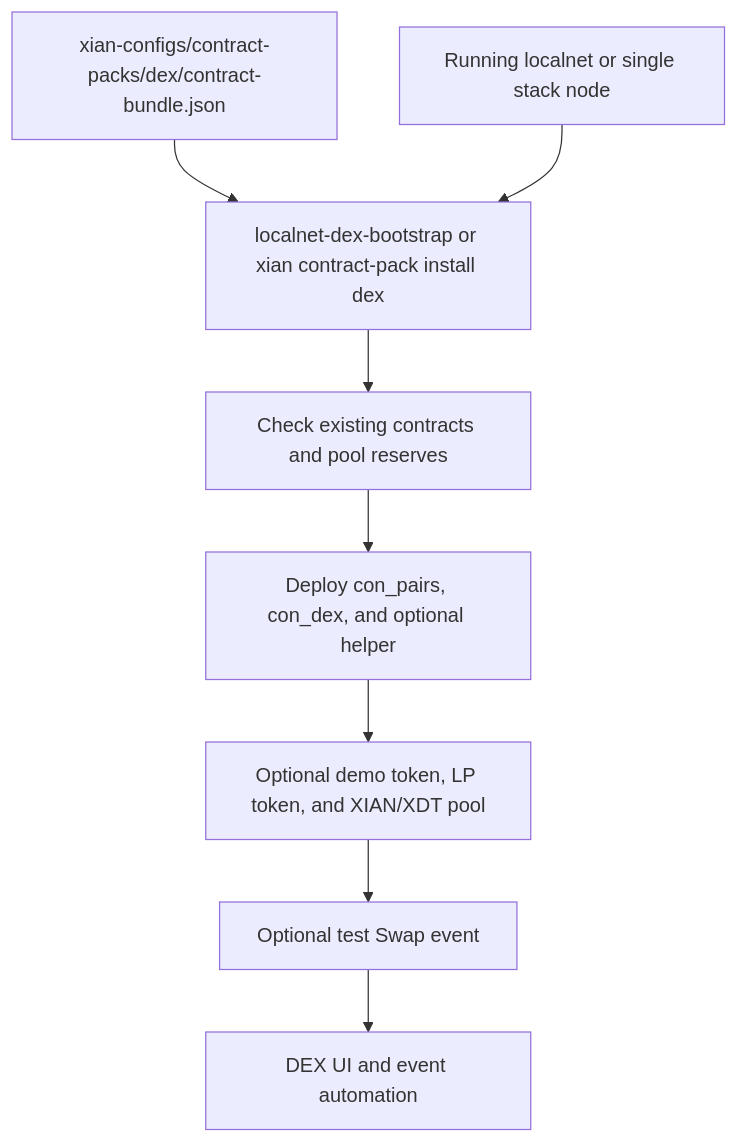
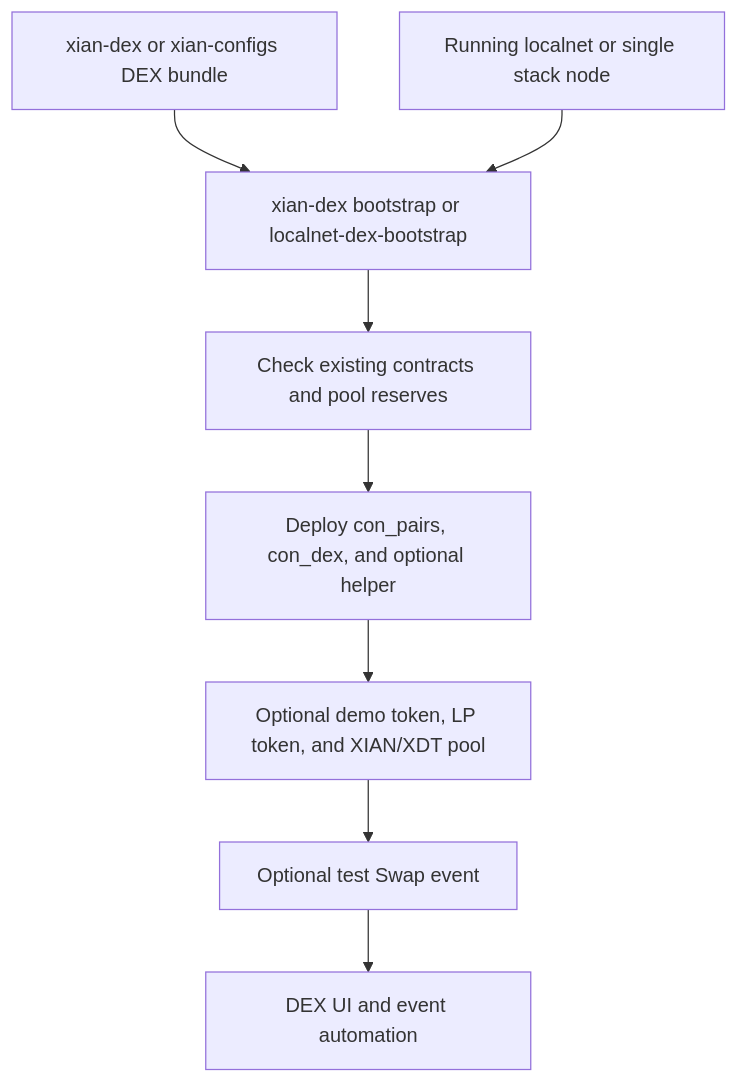
One commit to xian-technology/xian-docs-web changed the diagram in node/local-dex-bootstrap.md. Above: the diagram before and after it, drawn with Mermaid. The commit also changed other lines of this file and 7 other files, not shown here.

````diff
--- a/node/local-dex-bootstrap.md
+++ b/node/local-dex-bootstrap.md
@@ -28,19 +28,19 @@
 ```mermaid
 flowchart TD
-  Bundle["xian-configs/contract-packs/dex/contract-bundle.json"]
+  Bundle["xian-dex or xian-configs DEX bundle"]
   Node["Running localnet or single stack node"]
-  Bootstrap["localnet-dex-bootstrap or xian contract-pack install dex"]
+  Bootstrap["xian-dex bootstrap or localnet-dex-bootstrap"]
   Check["Check existing contracts and pool reserves"]
   Contracts["Deploy con_pairs, con_dex, and optional helper"]
   Demo["Optional demo token, LP token, and XIAN/XDT pool"]
   Event["Optional test Swap event"]
   Consumers["DEX UI and event automation"]
 
   Bundle --> Bootstrap
   Node --> Bootstrap
   Bootstrap --> Check
   Check --> Contracts
   Contracts --> Demo
   Demo --> Event
   Event --> Consumers
 ```
````
